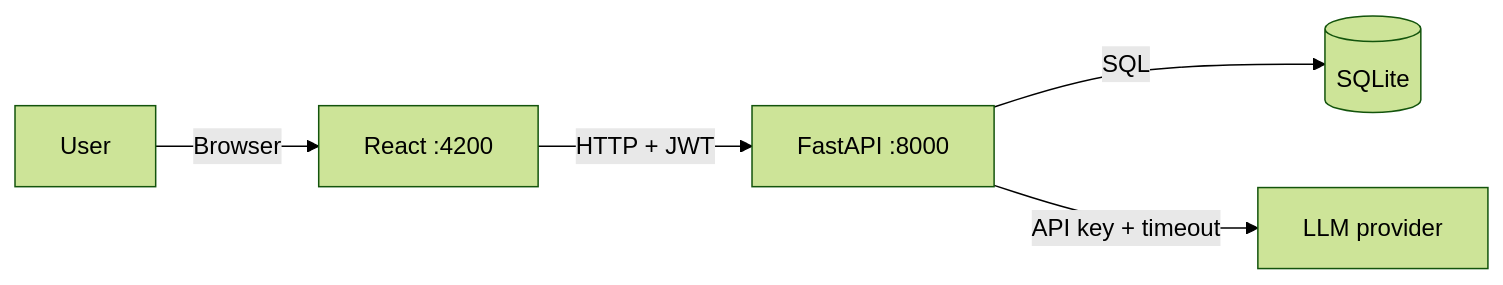
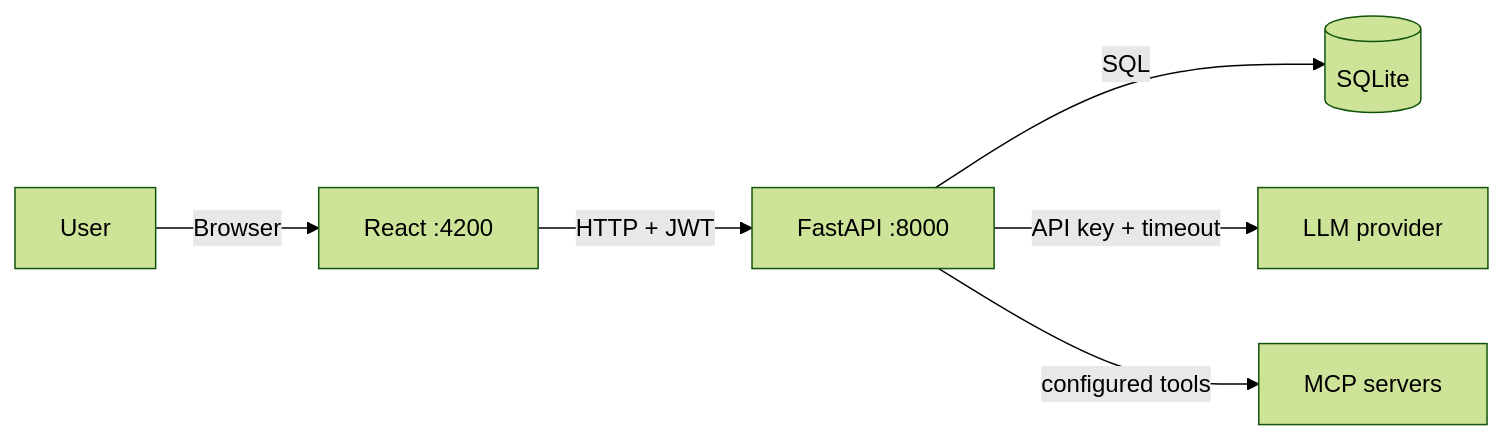
One commit to Fezzaioussama/AIMIx changed the diagram in README.md. Above: the diagram before and after it, drawn with Mermaid (forest theme). The commit also changed other lines of this file and 24 other files, not shown here.

````diff
--- a/README.md
+++ b/README.md
@@ -59,7 +59,8 @@
 ```mermaid
 graph LR
     User -->|Browser| FE["React :4200"]
     FE -->|"HTTP + JWT"| BE["FastAPI :8000"]
     BE -->|SQL| DB[("SQLite")]
     BE -->|"API key + timeout"| AI["LLM provider"]
+    BE -->|"configured tools"| MCP["MCP servers"]
 ```
````
